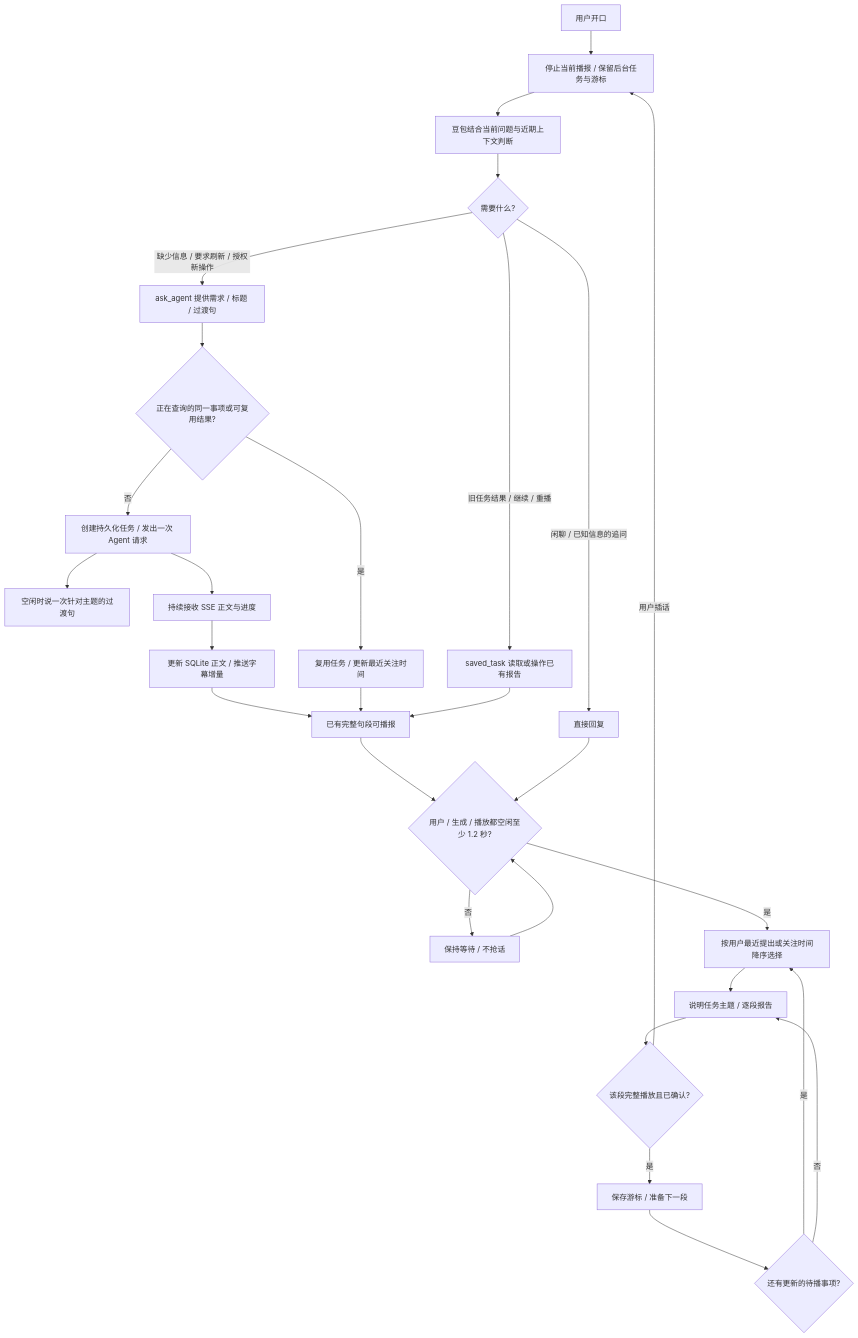
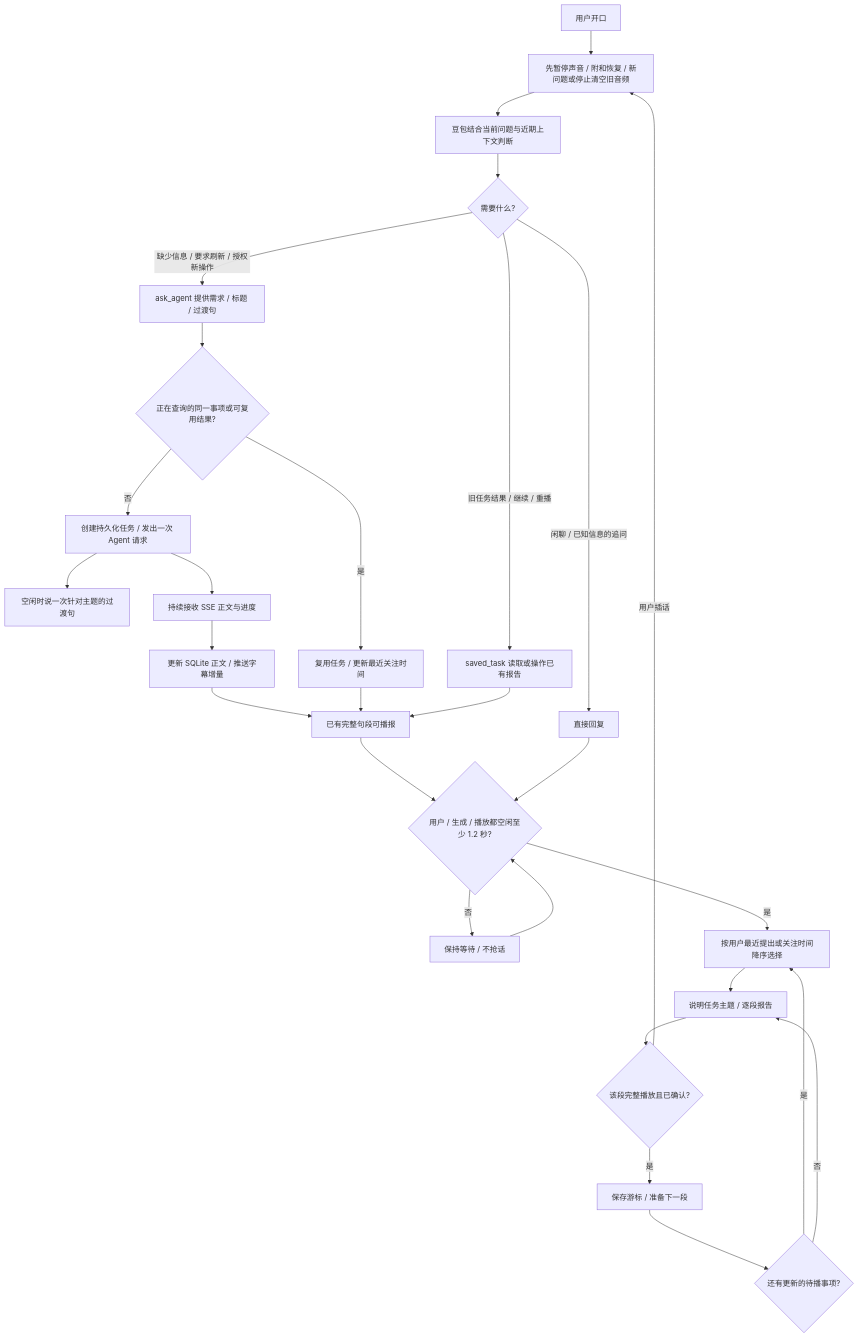
The fourth of 5 diagrams in services/voice-gateway/FLOW.md (wpyNJU/portal-desktop), drawn with Mermaid before and after one commit. The commit also changed other lines of this file and 63 other files, not shown here.

````diff
--- a/services/voice-gateway/FLOW.md
+++ b/services/voice-gateway/FLOW.md
@@ -75,30 +89,30 @@
 ```mermaid
 flowchart TD
-    User[用户开口] --> Stop[停止当前播报 / 保留后台任务与游标]
+    User[用户开口] --> Stop[先暂停声音 / 附和恢复 / 新问题或停止清空旧音频]
     Stop --> Understand[豆包结合当前问题与近期上下文判断]
     Understand --> Kind{需要什么?}
     Kind -->|闲聊 / 已知信息的追问| Direct[直接回复]
     Kind -->|旧任务结果 / 继续 / 重播| Saved[saved_task 读取或操作已有报告]
     Kind -->|缺少信息 / 要求刷新 / 授权新操作| Ask[ask_agent 提供需求 / 标题 / 过渡句]
     Ask --> Reuse{正在查询的同一事项或可复用结果?}
     Reuse -->|是| Existing[复用任务 / 更新最近关注时间]
     Reuse -->|否| Create[创建持久化任务 / 发出一次 Agent 请求]
     Create --> Ack[空闲时说一次针对主题的过渡句]
     Create --> Stream[持续接收 SSE 正文与进度]
     Stream --> Persist[更新 SQLite 正文 / 推送字幕增量]
     Persist --> Ready[已有完整句段可播报]
     Existing --> Ready
     Saved --> Ready
     Ready --> Idle{用户 / 生成 / 播放都空闲至少 1.2 秒?}
     Idle -->|否| Pending[保持等待 / 不抢话]
     Pending --> Idle
     Idle -->|是| Priority[按用户最近提出或关注时间降序选择]
     Direct --> Idle
     Priority --> Read[说明任务主题 / 逐段报告]
     Read --> Played{该段完整播放且已确认?}
     Played -->|是| Cursor[保存游标 / 准备下一段]
     Cursor --> More{还有更新的待播事项?}
     More -->|是| Priority
     More -->|否| Read
     Played -->|用户插话| Stop
 ```
````
